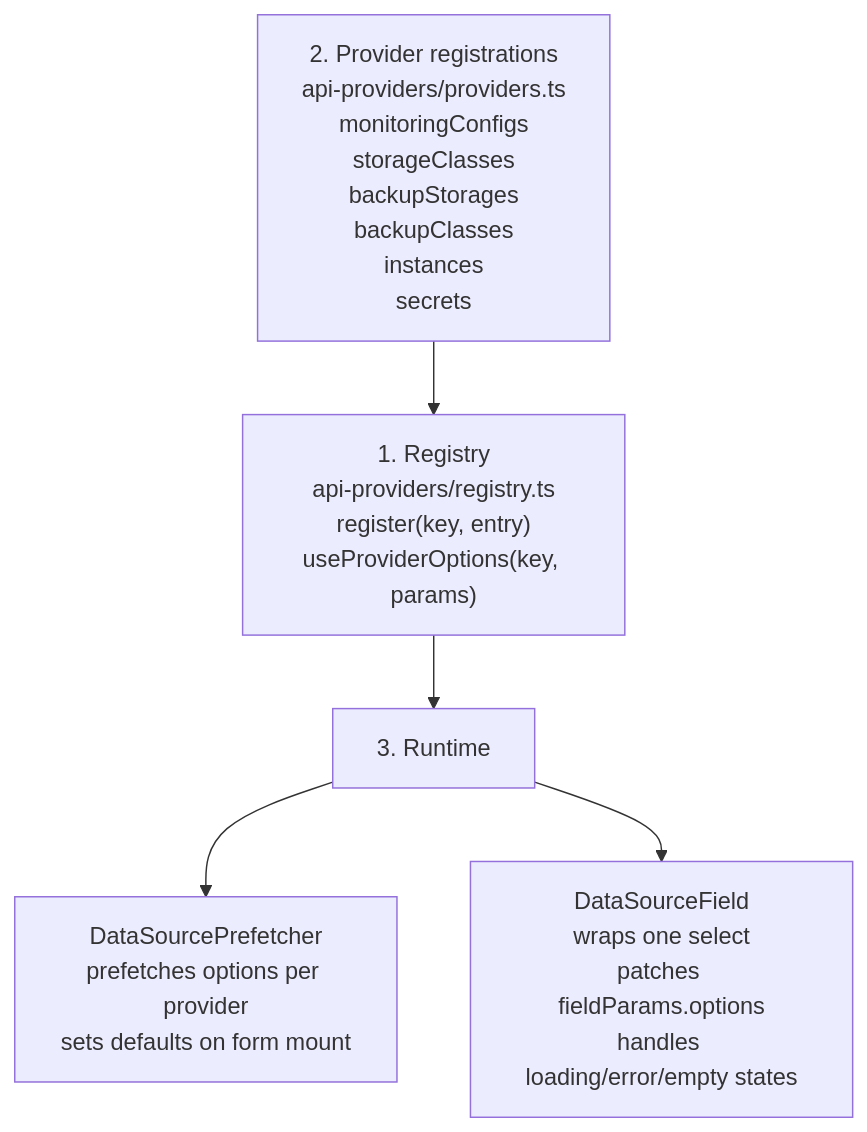
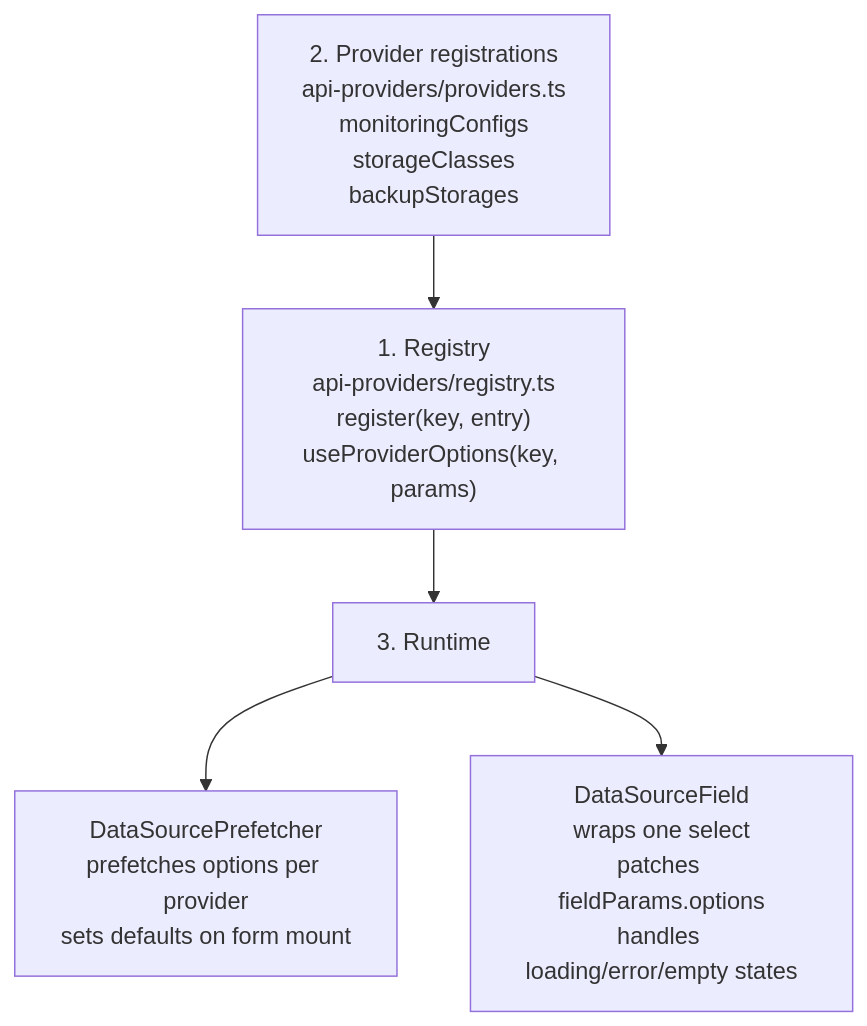
One commit to openeverest/openeverest changed the second of 3 diagrams in docs/ui/architecture/ui-generator/pipeline.md. Above: the diagram before and after it, drawn with Mermaid. The commit also changed other lines of this file and 12 other files, not shown here.

First line of the commit message:
refactor(ui): scope the data sources PR to backupStorages

````diff
--- a/docs/ui/architecture/ui-generator/pipeline.md
+++ b/docs/ui/architecture/ui-generator/pipeline.md
@@ -112,13 +112,13 @@
 ```mermaid
 flowchart TD
   REG["1. Registry<br/>api-providers/registry.ts<br/>register(key, entry)<br/>useProviderOptions(key, params)"]
-  PROVIDERS["2. Provider registrations<br/>api-providers/providers.ts<br/>monitoringConfigs<br/>storageClasses<br/>backupStorages<br/>backupClasses<br/>instances<br/>secrets"]
+  PROVIDERS["2. Provider registrations<br/>api-providers/providers.ts<br/>monitoringConfigs<br/>storageClasses<br/>backupStorages"]
   RUNTIME["3. Runtime"]
   PREFETCH["DataSourcePrefetcher<br/>prefetches options per provider<br/>sets defaults on form mount"]
   FIELD["DataSourceField<br/>wraps one select<br/>patches fieldParams.options<br/>handles loading/error/empty states"]
 
   PROVIDERS --> REG
   REG --> RUNTIME
   RUNTIME --> PREFETCH
   RUNTIME --> FIELD
 ```
````
